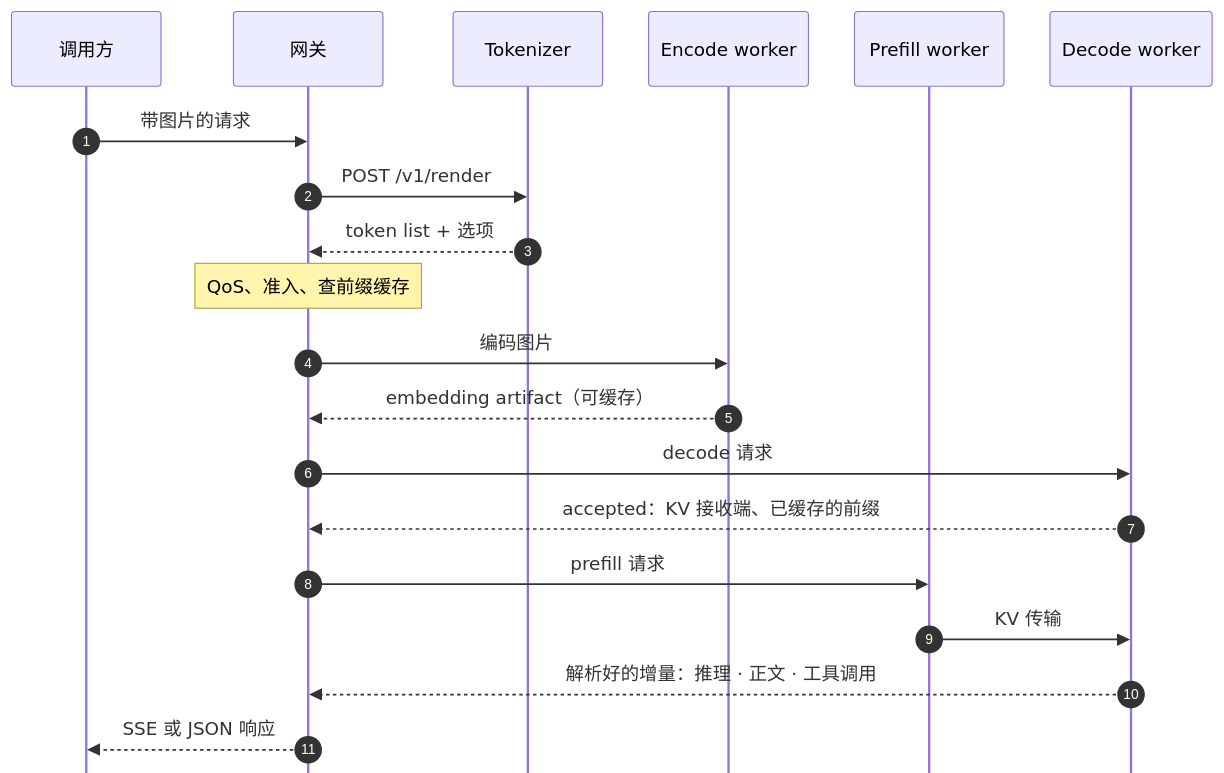
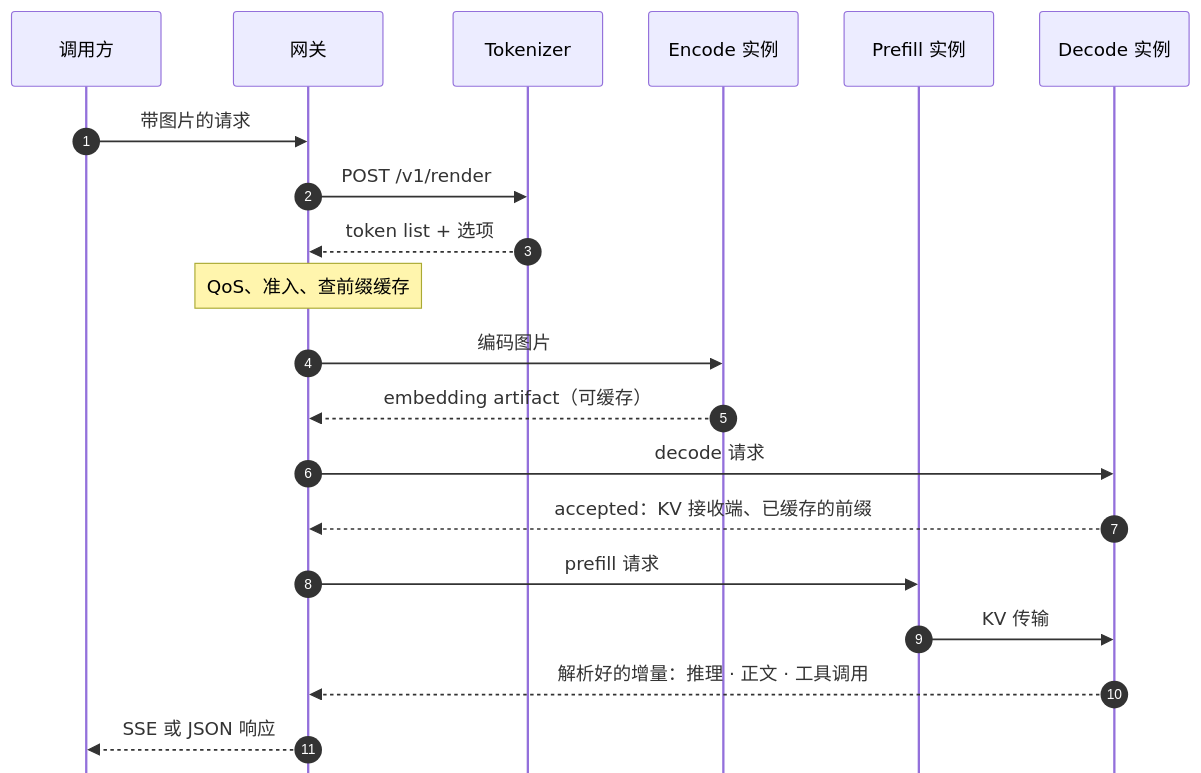
Before and after one commit to leonyang215/ModelWeave: the second of 2 diagrams in README.zh.md, drawn with Mermaid. The commit also changed other lines of this file and 7 other files, not shown here.

````diff
--- a/README.zh.md
+++ b/README.zh.md
@@ -41,23 +42,23 @@
 ```mermaid
 %%{init: {"sequence": {"mirrorActors": false, "actorMargin": 40, "width": 130}}}%%
 sequenceDiagram
     autonumber
     participant C as 调用方
     participant G as 网关
     participant T as Tokenizer
-    participant E as Encode worker
-    participant P as Prefill worker
-    participant D as Decode worker
+    participant E as Encode 实例
+    participant P as Prefill 实例
+    participant D as Decode 实例
     C->>G: 带图片的请求
     G->>T: POST /v1/render
     T-->>G: token list + 选项
     Note over G: QoS、准入、查前缀缓存
     G->>E: 编码图片
     E-->>G: embedding artifact（可缓存）
     G->>D: decode 请求
     D-->>G: accepted：KV 接收端、已缓存的前缀
     G->>P: prefill 请求
     P->>D: KV 传输
     D-->>G: 解析好的增量：推理 · 正文 · 工具调用
     G-->>C: SSE 或 JSON 响应
 ```
````
